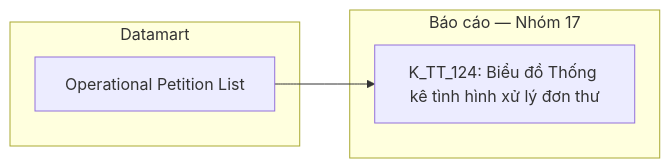
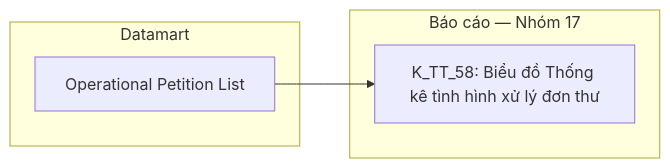
One commit to linhlvit/ubck_atomic_design changed diagram 45 of 50 in Datamart/hld/DTM_TT_HLD.md. Above: the diagram before and after it, drawn with Mermaid. The commit also changed other lines of this file and 8 other files, not shown here.

````diff
--- a/Datamart/hld/DTM_TT_HLD.md
+++ b/Datamart/hld/DTM_TT_HLD.md
@@ -1734,10 +1679,10 @@
 ```mermaid
 flowchart LR
     subgraph Datamart["Datamart"]
         G1["Operational Petition List"]
     end
     subgraph RPT["Báo cáo — Nhóm 17"]
-        R1["K_TT_124: Biểu đồ Thống kê tình hình xử lý đơn thư"]
+        R1["K_TT_58: Biểu đồ Thống kê tình hình xử lý đơn thư"]
     end
     G1 --> R1
 ```
````
